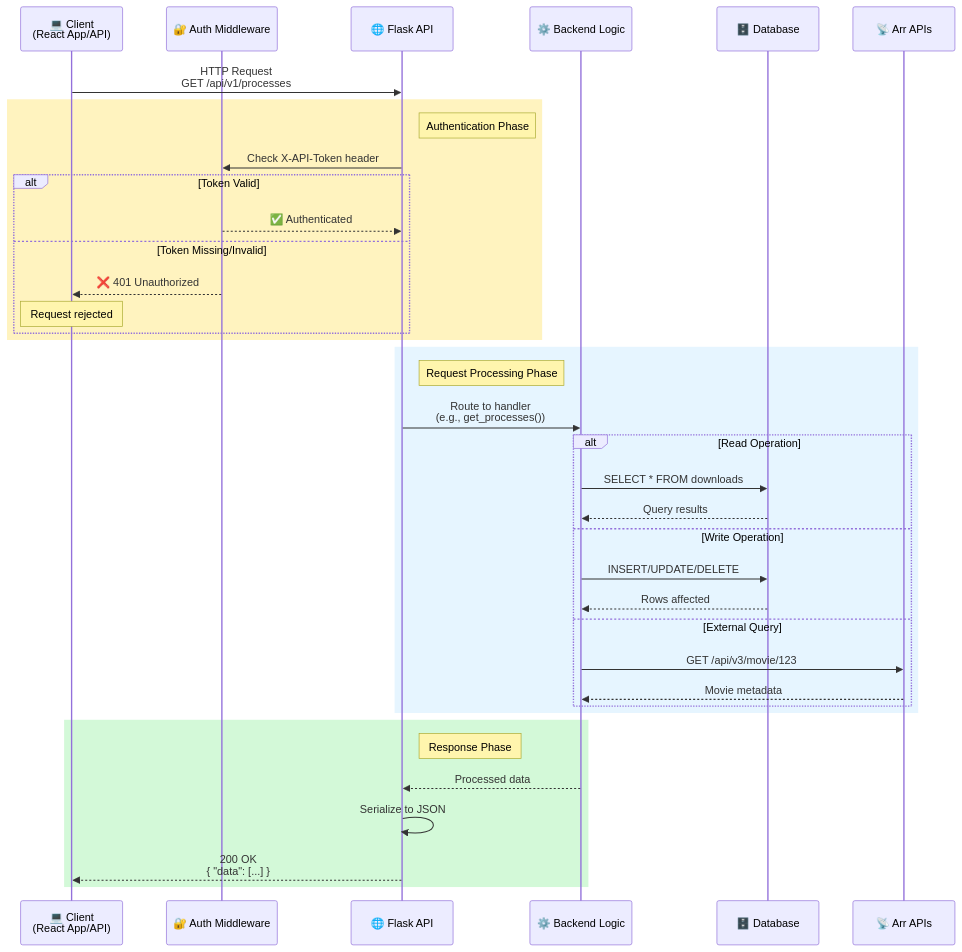
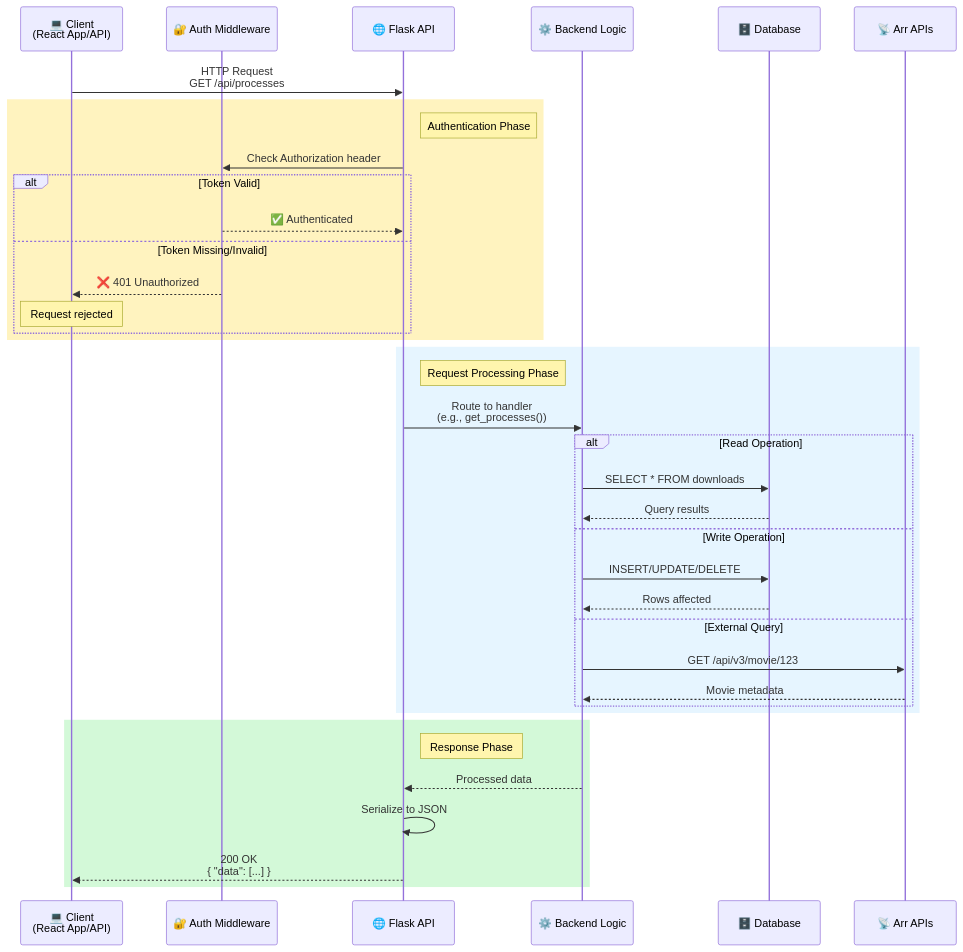
One commit to Feramance/qBitrr changed the fourth of 6 diagrams in docs/advanced/architecture.md. Above: the diagram before and after it, drawn with Mermaid. The commit also changed other lines of this file and 10 other files, not shown here.

````diff
--- a/docs/advanced/architecture.md
+++ b/docs/advanced/architecture.md
@@ -277,46 +277,46 @@
 ```mermaid
 sequenceDiagram
     participant Client as 💻 Client<br/>(React App/API)
     participant Auth as 🔐 Auth Middleware
     participant Flask as 🌐 Flask API
     participant Logic as ⚙️ Backend Logic
     participant DB as 🗄️ Database
     participant ARR as 📡 Arr APIs
 
-    Client->>Flask: HTTP Request<br/>GET /api/v1/processes
+    Client->>Flask: HTTP Request<br/>GET /api/processes
 
     rect rgb(255, 243, 191)
         Note right of Flask: Authentication Phase
-        Flask->>Auth: Check X-API-Token header
+        Flask->>Auth: Check Authorization header
 
         alt Token Valid
             Auth-->>Flask: ✅ Authenticated
         else Token Missing/Invalid
             Auth-->>Client: ❌ 401 Unauthorized
             Note over Client: Request rejected
         end
     end
 
     rect rgb(230, 245, 255)
         Note right of Flask: Request Processing Phase
         Flask->>Logic: Route to handler<br/>(e.g., get_processes())
 
         alt Read Operation
             Logic->>DB: SELECT * FROM downloads
             DB-->>Logic: Query results
         else Write Operation
             Logic->>DB: INSERT/UPDATE/DELETE
             DB-->>Logic: Rows affected
         else External Query
             Logic->>ARR: GET /api/v3/movie/123
             ARR-->>Logic: Movie metadata
         end
     end
 
     rect rgb(211, 249, 216)
         Note right of Flask: Response Phase
         Logic-->>Flask: Processed data
         Flask->>Flask: Serialize to JSON
         Flask-->>Client: 200 OK<br/>{ "data": [...] }
     end
 ```
````
